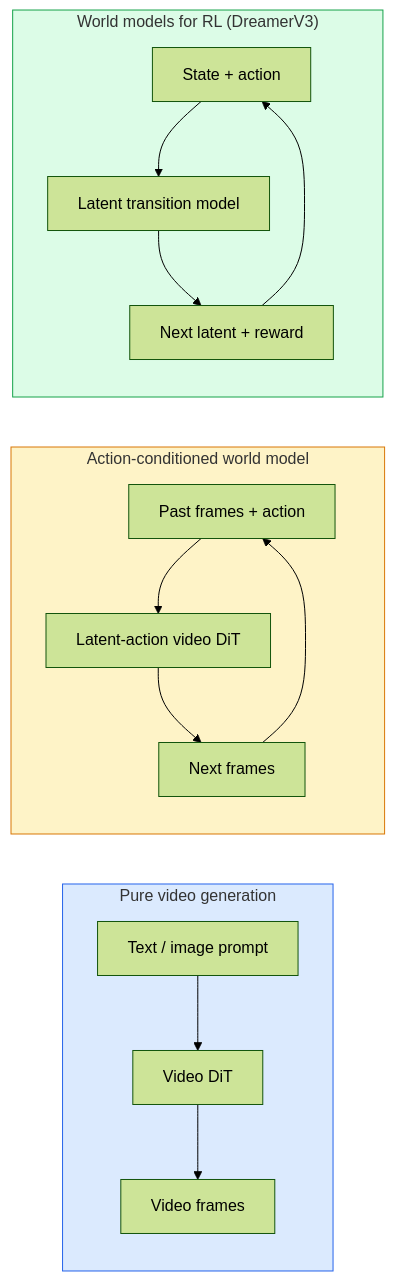
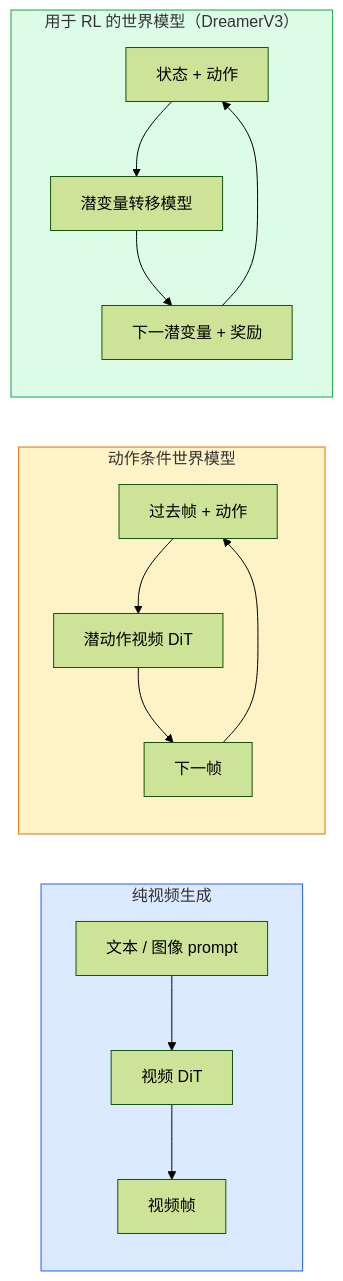
One commit to alessandrodinisio-ai/ai-engineering-learning-framework changed the diagram in phases/04-computer-vision/28-world-models-video-diffusion/docs/en.md. Above: the diagram before and after it, drawn with Mermaid (forest theme). The commit also changed other lines of this file and 443 other files, not shown here.

First line of the commit message:
feat(zh): 完成 435 节课程文档 + README/ROADMAP/术语表 + 网站 UI 全量中文化

````diff
--- a/phases/04-computer-vision/28-world-models-video-diffusion/docs/en.md
+++ b/phases/04-computer-vision/28-world-models-video-diffusion/docs/en.md
@@ -29,18 +29,18 @@
 ```mermaid
 flowchart LR
-    subgraph GEN["Pure video generation"]
-        G1["Text / image prompt"] --> G2["Video DiT"] --> G3["Video frames"]
+    subgraph GEN["纯视频生成"]
+        G1["文本 / 图像 prompt"] --> G2["视频 DiT"] --> G3["视频帧"]
     end
-    subgraph ACTION["Action-conditioned world model"]
-        A1["Past frames + action"] --> A2["Latent-action video DiT"] --> A3["Next frames"]
+    subgraph ACTION["动作条件世界模型"]
+        A1["过去帧 + 动作"] --> A2["潜动作视频 DiT"] --> A3["下一帧"]
         A3 --> A1
     end
-    subgraph RL["World models for RL (DreamerV3)"]
-        R1["State + action"] --> R2["Latent transition model"] --> R3["Next latent + reward"]
+    subgraph RL["用于 RL 的世界模型（DreamerV3）"]
+        R1["状态 + 动作"] --> R2["潜变量转移模型"] --> R3["下一潜变量 + 奖励"]
         R3 --> R1
     end
 
     style GEN fill:#dbeafe,stroke:#2563eb
     style ACTION fill:#fef3c7,stroke:#d97706
     style RL fill:#dcfce7,stroke:#16a34a
 ```
````
